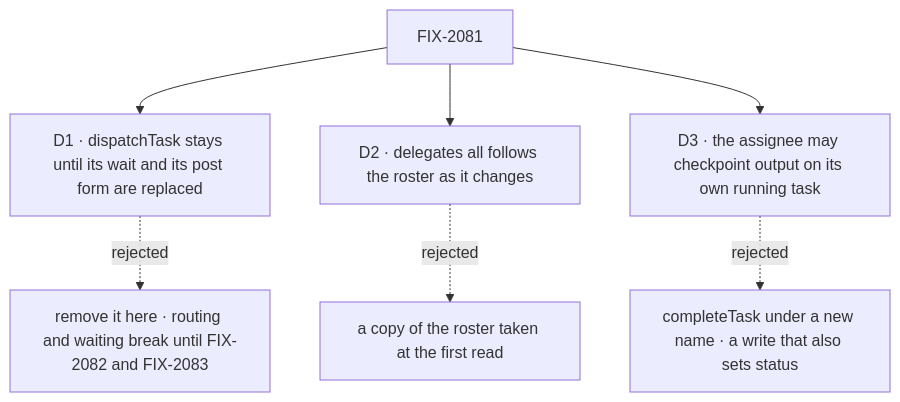
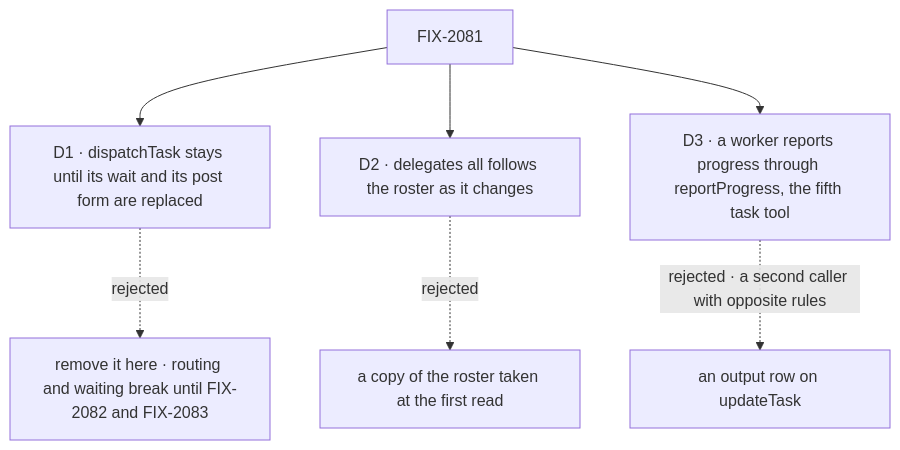
The diagram in specs/issues/FIX-2081/DECISIONS.md (fixpoint-labs/flow-state-dev), drawn with Mermaid before and after one commit. The commit also changed other lines of this file and 2 other files, not shown here.

First line of the commit message:
spec(FIX-2081): D3 is reportProgress({ statusNote?, output? }), not an updateTask row

````diff
--- a/specs/issues/FIX-2081/DECISIONS.md
+++ b/specs/issues/FIX-2081/DECISIONS.md
@@ -11,9 +11,9 @@
 ```mermaid
 flowchart TD
   I["FIX-2081"] --> D1["D1 · dispatchTask stays until its wait and its post form are replaced"]
   D1 -.->|"rejected"| X1["remove it here · routing and waiting break until FIX-2082 and FIX-2083"]
   I --> D2["D2 · delegates all follows the roster as it changes"]
   D2 -.->|"rejected"| X2["a copy of the roster taken at the first read"]
-  I --> D3["D3 · the assignee may checkpoint output on its own running task"]
-  D3 -.->|"rejected"| X3["completeTask under a new name · a write that also sets status"]
+  I --> D3["D3 · a worker reports progress through reportProgress, the fifth task tool"]
+  D3 -.->|"rejected · a second caller with opposite rules"| X3["an output row on updateTask"]
 ```
````
